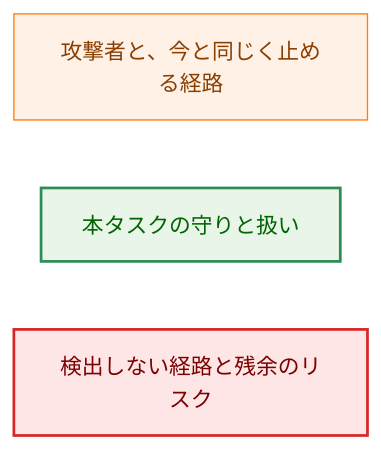
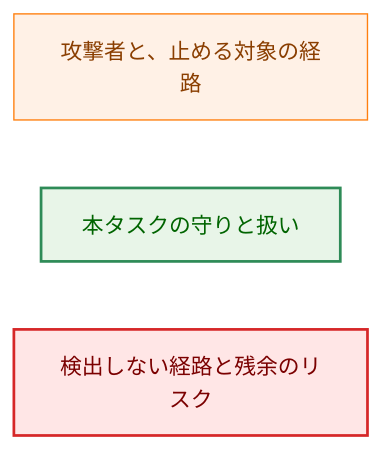
Before and after one commit to isseis/yt2column: the seventh of 9 diagrams in docs/tasks/0035_fixprguard_branch_config/02_architecture.md, drawn with Mermaid. The commit also changed other lines of this file, not shown here.

First line of the commit message:
docs(0035): address the architecture review findings

````diff
--- a/docs/tasks/0035_fixprguard_branch_config/02_architecture.md
+++ b/docs/tasks/0035_fixprguard_branch_config/02_architecture.md
@@ -428,12 +468,12 @@
 ```mermaid
 flowchart LR
     classDef process fill:#fff1e6,stroke:#ff7f0e,stroke-width:1px,color:#8a3e00;
     classDef enhanced fill:#e8f5e8,stroke:#2e8b57,stroke-width:2px,color:#006400;
     classDef problem fill:#ffe6e6,stroke:#d62728,stroke-width:2px,color:#7b0000;
-    L1["攻撃者と、今と同じく止める経路"]
+    L1["攻撃者と、止める対象の経路"]
     L2["本タスクの守りと扱い"]
     L3["検出しない経路と残余のリスク"]
     class L1 process
     class L2 enhanced
     class L3 problem
 ```
````
